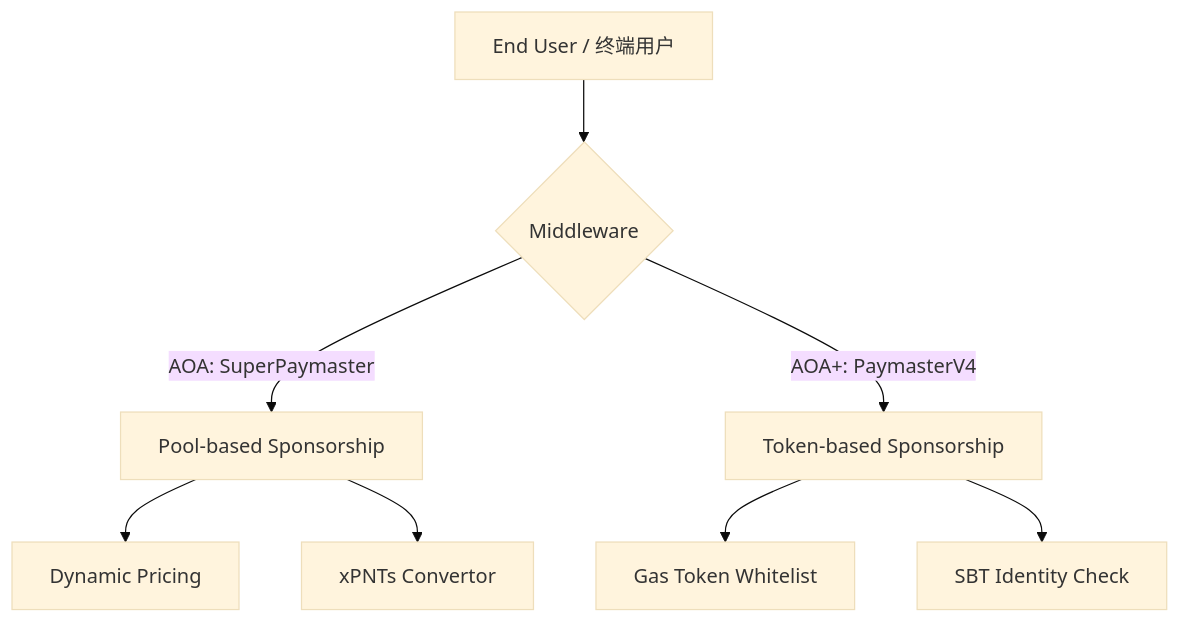
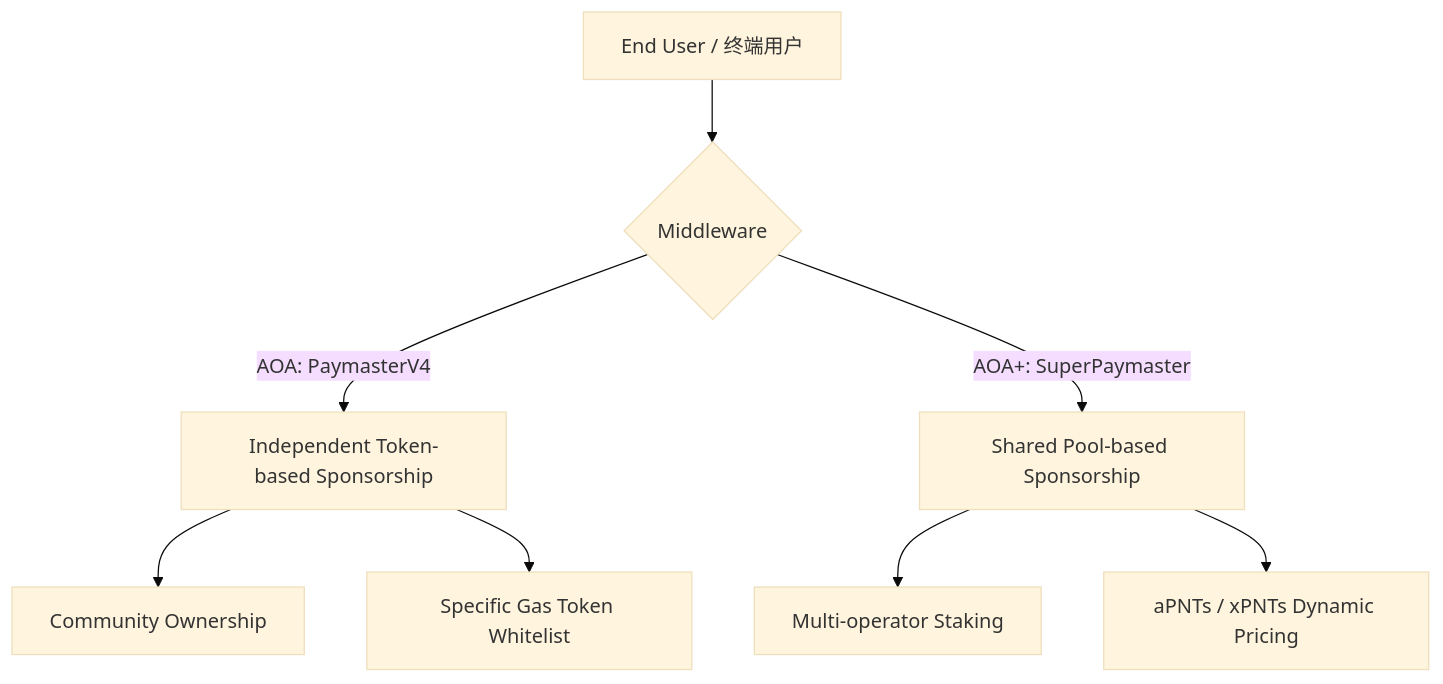
Before and after one commit to AAStarCommunity/docs: the diagram in guide/getting-started.md, drawn with Mermaid (base theme). The commit also changed other lines of this file and 231 other files, not shown here.

````diff
--- a/guide/getting-started.md
+++ b/guide/getting-started.md
@@ -57,12 +57,12 @@
 ```mermaid
 graph TD
     A[End User / 终端用户] --> B{Middleware}
-    B -->|AOA: SuperPaymaster| C[Pool-based Sponsorship]
-    B -->|AOA+: PaymasterV4| D[Token-based Sponsorship]
+    B -->|AOA: PaymasterV4| D[Independent Token-based Sponsorship]
+    B -->|AOA+: SuperPaymaster| C[Shared Pool-based Sponsorship]
     
-    C --> C1[Dynamic Pricing]
-    C --> C2[xPNTs Convertor]
+    C --> C1[Multi-operator Staking]
+    C --> C2[aPNTs / xPNTs Dynamic Pricing]
     
-    D --> D1[Gas Token Whitelist]
-    D --> D2[SBT Identity Check]
+    D --> D1[Community Ownership]
+    D --> D2[Specific Gas Token Whitelist]
 ```
````
